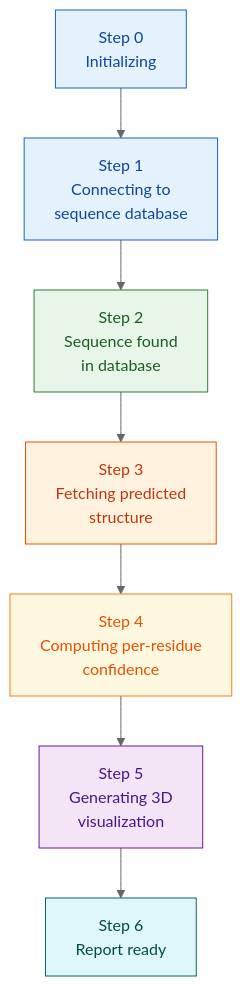
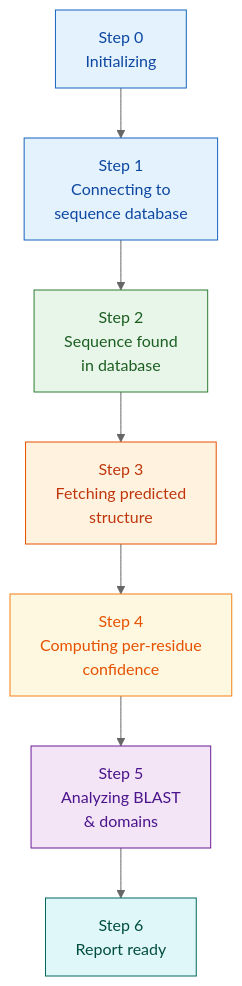
One commit to sanjanb/bio-pipeline changed the second of 3 diagrams in README.md. Above: the diagram before and after it, drawn with Mermaid (neutral theme). The commit also changed other lines of this file and 1 other file, not shown here.

````diff
--- a/README.md
+++ b/README.md
@@ -41,18 +44,18 @@
 ```mermaid
 graph TD
     S0["Step 0<br/>Initializing"] --> S1
     S1["Step 1<br/>Connecting to<br/>sequence database"] --> S2
     S2["Step 2<br/>Sequence found<br/>in database"] --> S3
     S3["Step 3<br/>Fetching predicted<br/>structure"] --> S4
     S4["Step 4<br/>Computing per-residue<br/>confidence"] --> S5
-    S5["Step 5<br/>Generating 3D<br/>visualization"] --> S6
+    S5["Step 5<br/>Analyzing BLAST<br/>&amp; domains"] --> S6
     S6["Step 6<br/>Report ready"]
 
     style S0 fill:#E3F2FD,stroke:#1565C0,color:#0D47A1
     style S1 fill:#E3F2FD,stroke:#1565C0,color:#0D47A1
     style S2 fill:#E8F5E9,stroke:#2E7D32,color:#1B5E20
     style S3 fill:#FFF3E0,stroke:#E65100,color:#BF360C
     style S4 fill:#FFF8E1,stroke:#F57F17,color:#E65100
     style S5 fill:#F3E5F5,stroke:#6A1B9A,color:#4A148C
     style S6 fill:#E0F7FA,stroke:#00695C,color:#004D40
 ```
````
